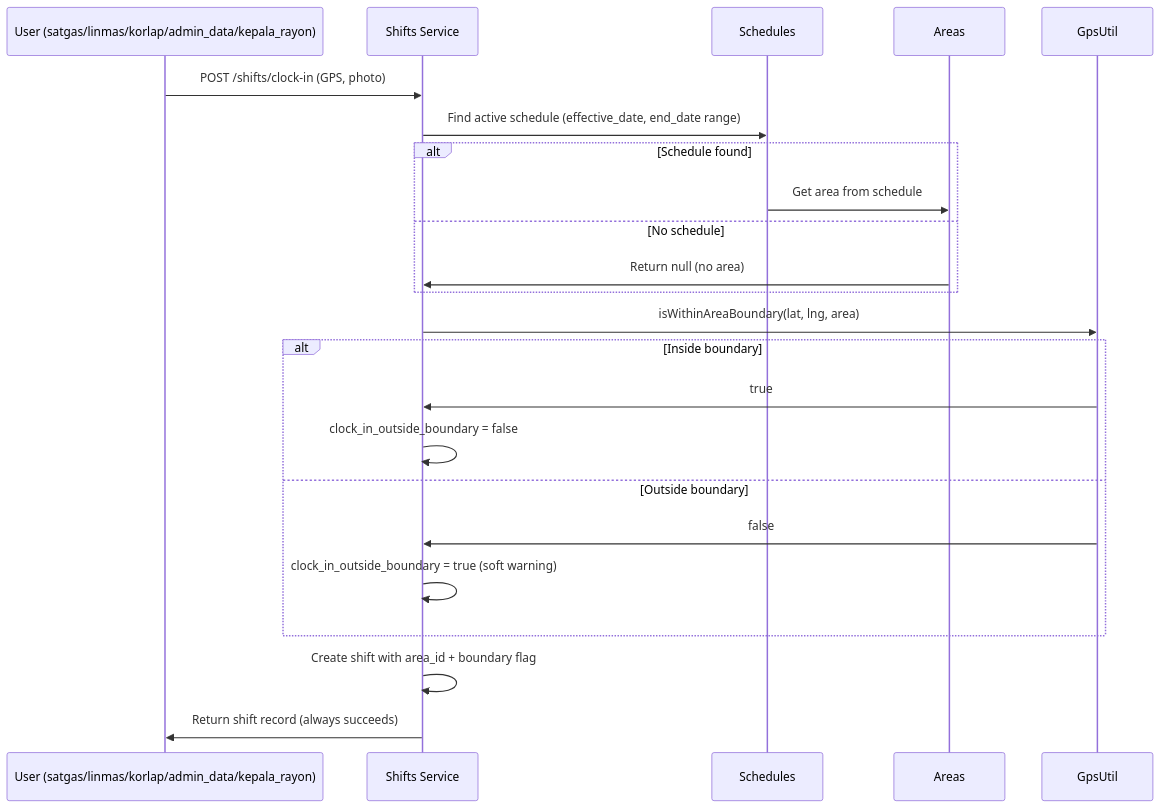
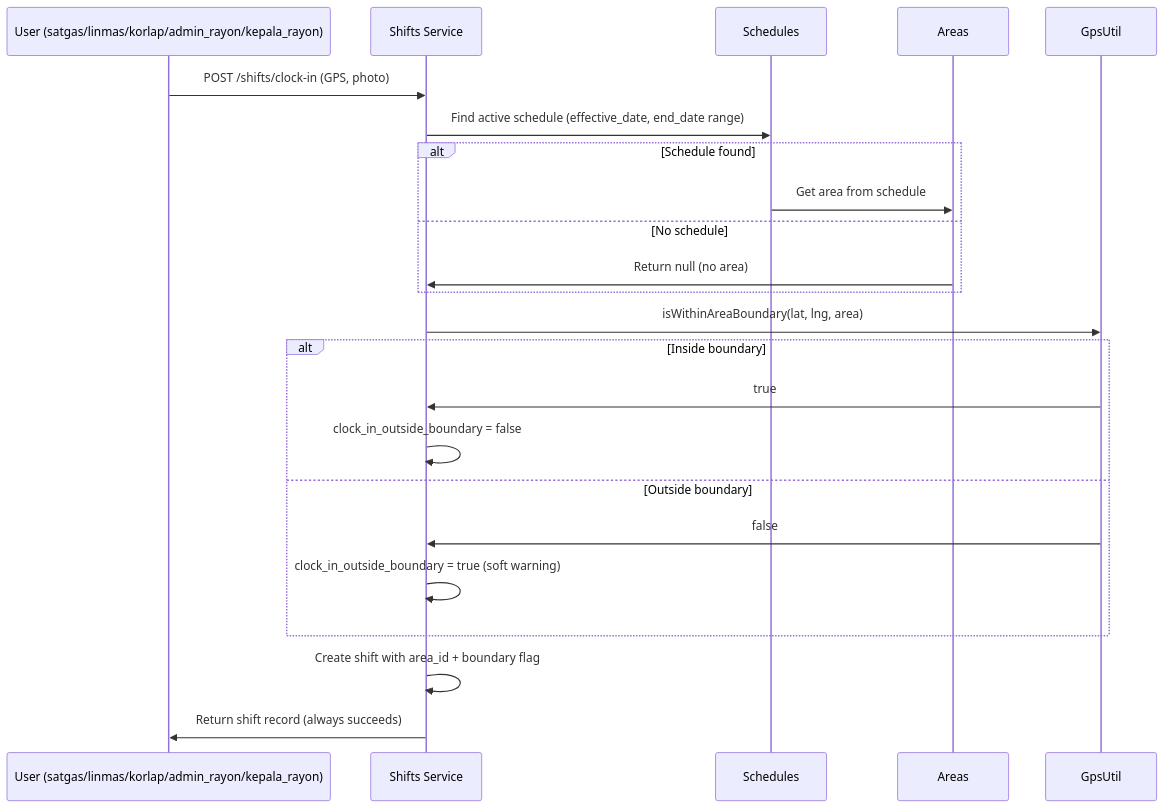
Before and after one commit to dlhsby/sekar: the seventh of 13 diagrams in specs/database/erd.md, drawn with Mermaid. The commit also changed other lines of this file and 242 other files, not shown here.

First line of the commit message:
refactor(rbac): rename roles top_management→management, admin_data→admin_rayon

````diff
--- a/specs/database/erd.md
+++ b/specs/database/erd.md
@@ -515,26 +515,26 @@
 ```mermaid
 sequenceDiagram
-    participant U as User (satgas/linmas/korlap/admin_data/kepala_rayon)
+    participant U as User (satgas/linmas/korlap/admin_rayon/kepala_rayon)
     participant S as Shifts Service
     participant SC as Schedules
     participant A as Areas
     participant G as GpsUtil
 
     U->>S: POST /shifts/clock-in (GPS, photo)
     S->>SC: Find active schedule (effective_date, end_date range)
     alt Schedule found
         SC->>A: Get area from schedule
     else No schedule
         A->>S: Return null (no area)
     end
     S->>G: isWithinAreaBoundary(lat, lng, area)
     alt Inside boundary
         G->>S: true
         S->>S: clock_in_outside_boundary = false
     else Outside boundary
         G->>S: false
         S->>S: clock_in_outside_boundary = true (soft warning)
     end
     S->>S: Create shift with area_id + boundary flag
     S->>U: Return shift record (always succeeds)
 ```
````
